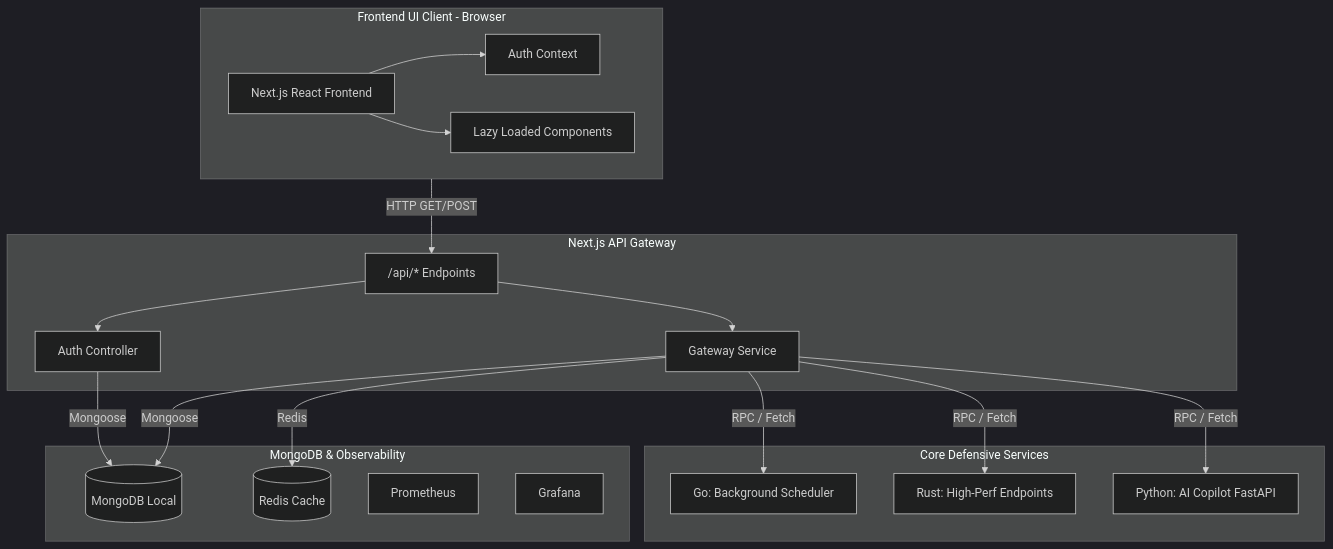
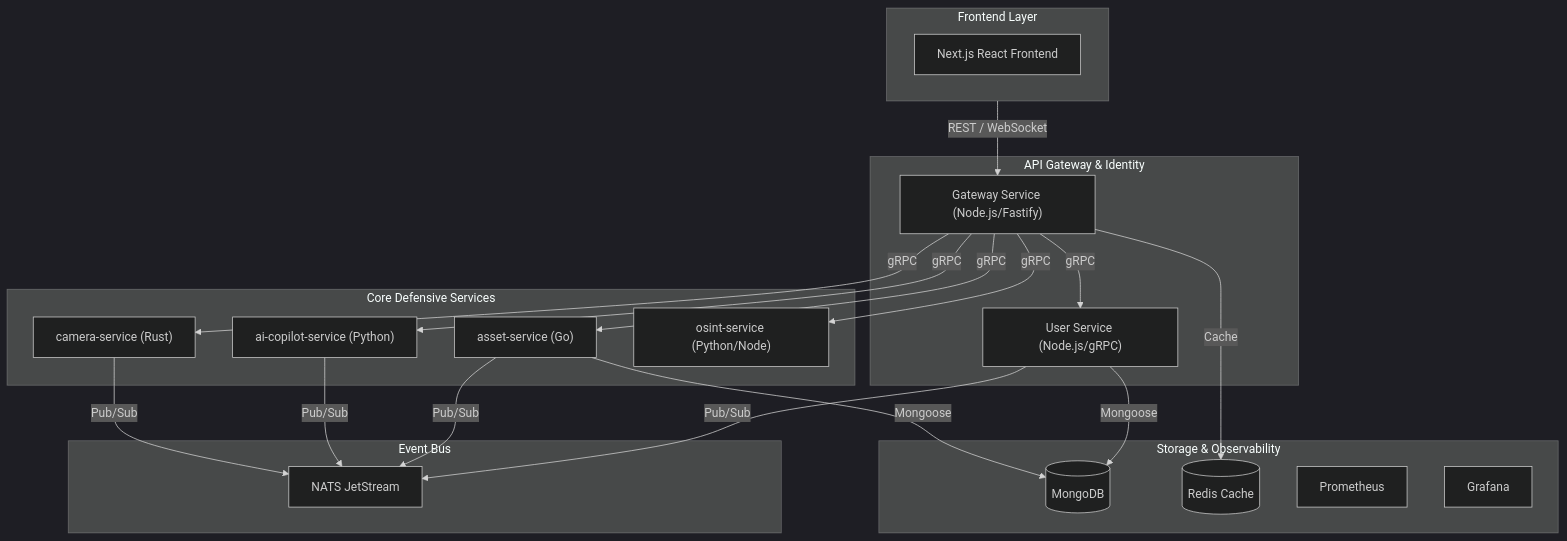
The diagram in README.md (gl1tch0x1/kaal-bhairav), drawn with Mermaid (dark theme) before and after one commit. The commit also changed other lines of this file and 3658 other files, not shown here.

Commit message:
chore: remove mock seed data, optimize README, and enhance gateway with Redis and Rate Limiting

````diff
--- a/README.md
+++ b/README.md
@@ -35,42 +45,46 @@
 ```mermaid
 graph TD
-    subgraph Client [Frontend UI Client - Browser]
+    subgraph Client [Frontend Layer]
         UI[Next.js React Frontend]
-        AuthC[Auth Context]
-        Components[Lazy Loaded Components]
-        UI --> AuthC
-        UI --> Components
     end
 
-    subgraph API [Next.js API Gateway]
-        Router["/api/* Endpoints"]
-        Auth[Auth Controller]
-        Search[Gateway Service]
+    subgraph GatewayLayer [API Gateway & Identity]
+        Gateway["Gateway Service (Node.js/Fastify)"]
+        UserSvc["User Service (Node.js/gRPC)"]
     end
     
     subgraph Microservices [Core Defensive Services]
-        Go[Go: Background Scheduler]
-        Rust[Rust: High-Perf Endpoints]
-        Python[Python: AI Copilot FastAPI]
+        AssetSvc["asset-service (Go)"]
+        CameraSvc["camera-service (Rust)"]
+        AICopilot["ai-copilot-service (Python)"]
+        OSINTSvc["osint-service (Python/Node)"]
     end
 
-    subgraph Database [MongoDB & Observability]
-        DB[(MongoDB Local)]
+    subgraph MessageBroker [Event Bus]
+        NATS["NATS JetStream"]
+    end
+
+    subgraph Database [Storage & Observability]
+        DB[(MongoDB)]
         Redis[(Redis Cache)]
         Prom[Prometheus]
         Graf[Grafana]
     end
 
     %% Flow
-    Client -- HTTP GET/POST --> Router
-    Router --> Auth
-    Router --> Search
+    Client -- "REST / WebSocket" --> Gateway
+    Gateway -- "gRPC" --> UserSvc
+    Gateway -- "gRPC" --> AssetSvc
+    Gateway -- "gRPC" --> AICopilot
+    Gateway -- "gRPC" --> CameraSvc
+    Gateway -- "gRPC" --> OSINTSvc
     
-    Search -- RPC / Fetch --> Go
-    Search -- RPC / Fetch --> Rust
-    Search -- RPC / Fetch --> Python
+    UserSvc -- "Pub/Sub" --> NATS
+    AssetSvc -- "Pub/Sub" --> NATS
+    AICopilot -- "Pub/Sub" --> NATS
+    CameraSvc -- "Pub/Sub" --> NATS
 
-    Auth -- Mongoose --> DB
-    Search -- Mongoose --> DB
-    Search -- Redis --> Redis
+    UserSvc -- "Mongoose" --> DB
+    AssetSvc -- "Mongoose" --> DB
+    Gateway -- "Cache" --> Redis
 ```
````
